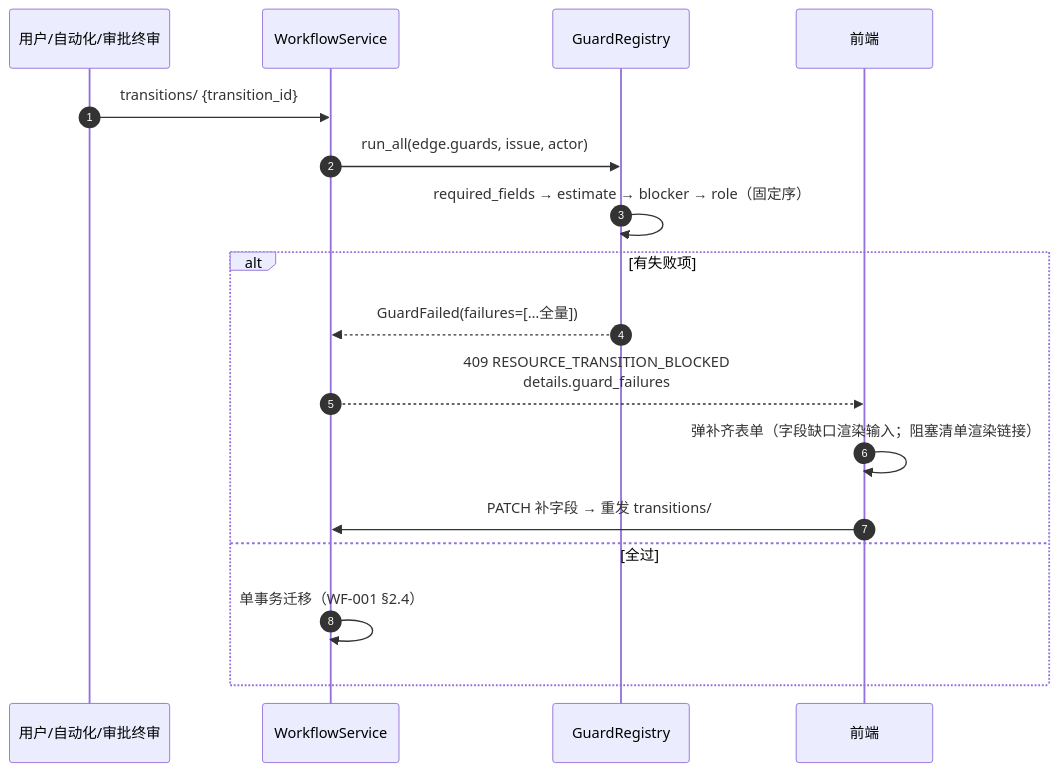
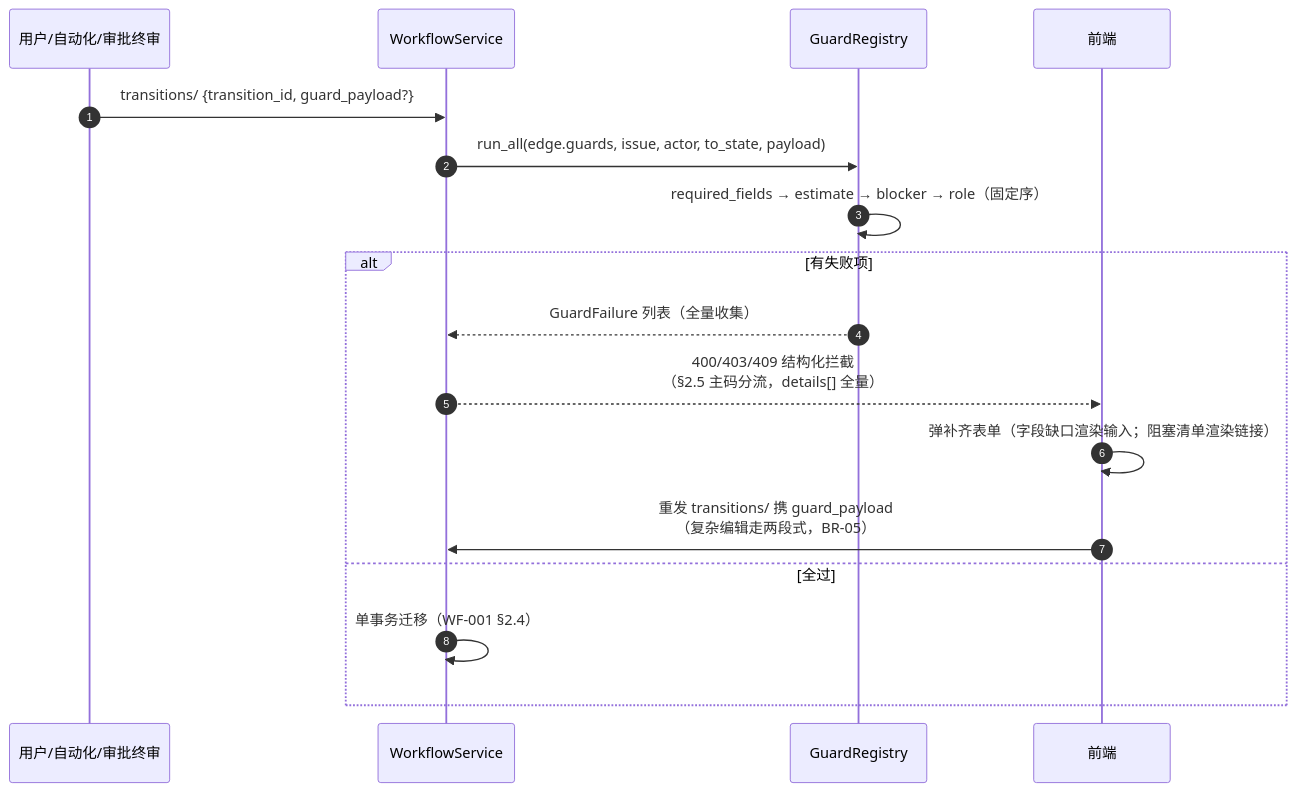
The second of 2 diagrams in docs/sprint-7-enterprise-workflow/WF-004-transition-guard.md (RabbitAI-Lab/RabbitProjects), drawn with Mermaid before and after one commit. The commit also changed other lines of this file and 9 other files, not shown here.

````diff
--- a/docs/sprint-7-enterprise-workflow/WF-004-transition-guard.md
+++ b/docs/sprint-7-enterprise-workflow/WF-004-transition-guard.md
@@ -94,20 +96,20 @@
 ```mermaid
 sequenceDiagram
     autonumber
     participant U as 用户/自动化/审批终审
     participant ENG as WorkflowService
     participant G as GuardRegistry
     participant FE as 前端
 
-    U->>ENG: transitions/ {transition_id}
-    ENG->>G: run_all(edge.guards, issue, actor)
+    U->>ENG: transitions/ {transition_id, guard_payload?}
+    ENG->>G: run_all(edge.guards, issue, actor, to_state, payload)
     G->>G: required_fields → estimate → blocker → role（固定序）
     alt 有失败项
-        G-->>ENG: GuardFailed(failures=[…全量])
-        ENG-->>FE: 409 RESOURCE_TRANSITION_BLOCKED<br/>details.guard_failures
+        G-->>ENG: GuardFailure 列表（全量收集）
+        ENG-->>FE: 400/403/409 结构化拦截<br/>（§2.5 主码分流，details[] 全量）
         FE->>FE: 弹补齐表单（字段缺口渲染输入；阻塞清单渲染链接）
-        FE->>ENG: PATCH 补字段 → 重发 transitions/
+        FE->>ENG: 重发 transitions/ 携 guard_payload<br/>（复杂编辑走两段式，BR-05）
     else 全过
         ENG->>ENG: 单事务迁移（WF-001 §2.4）
     end
 ```
````
